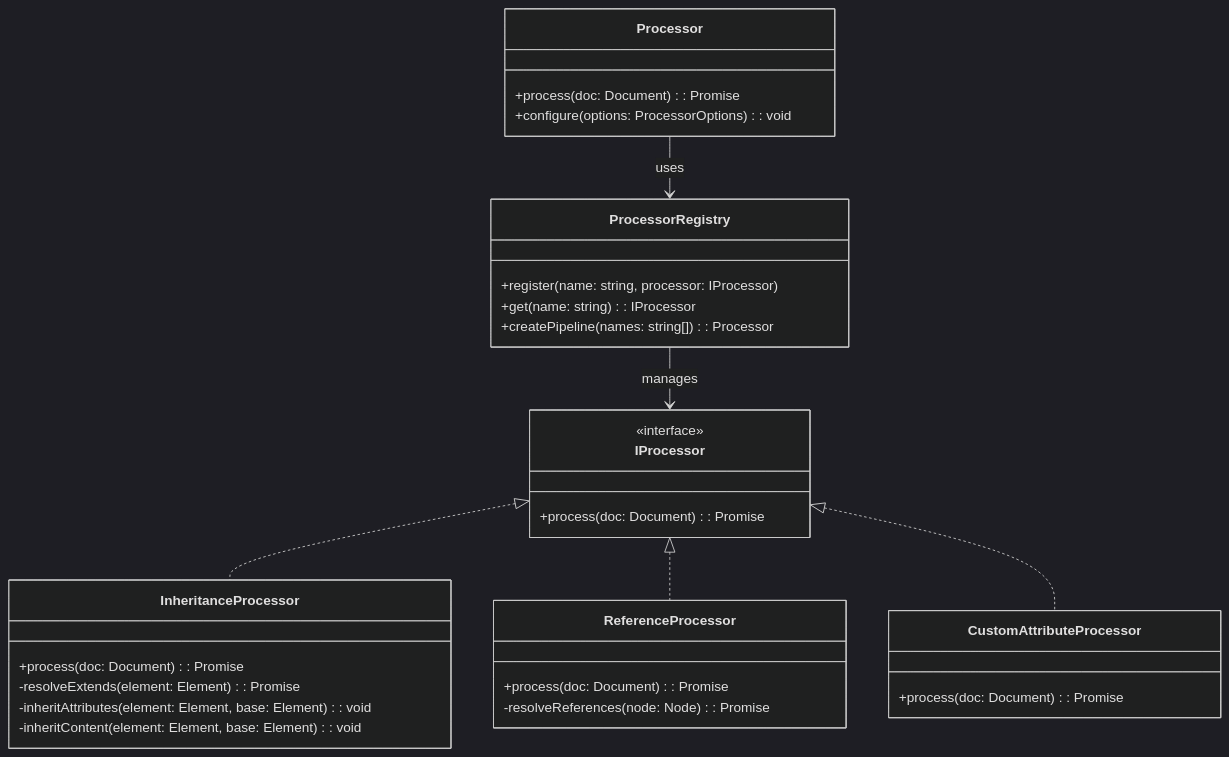
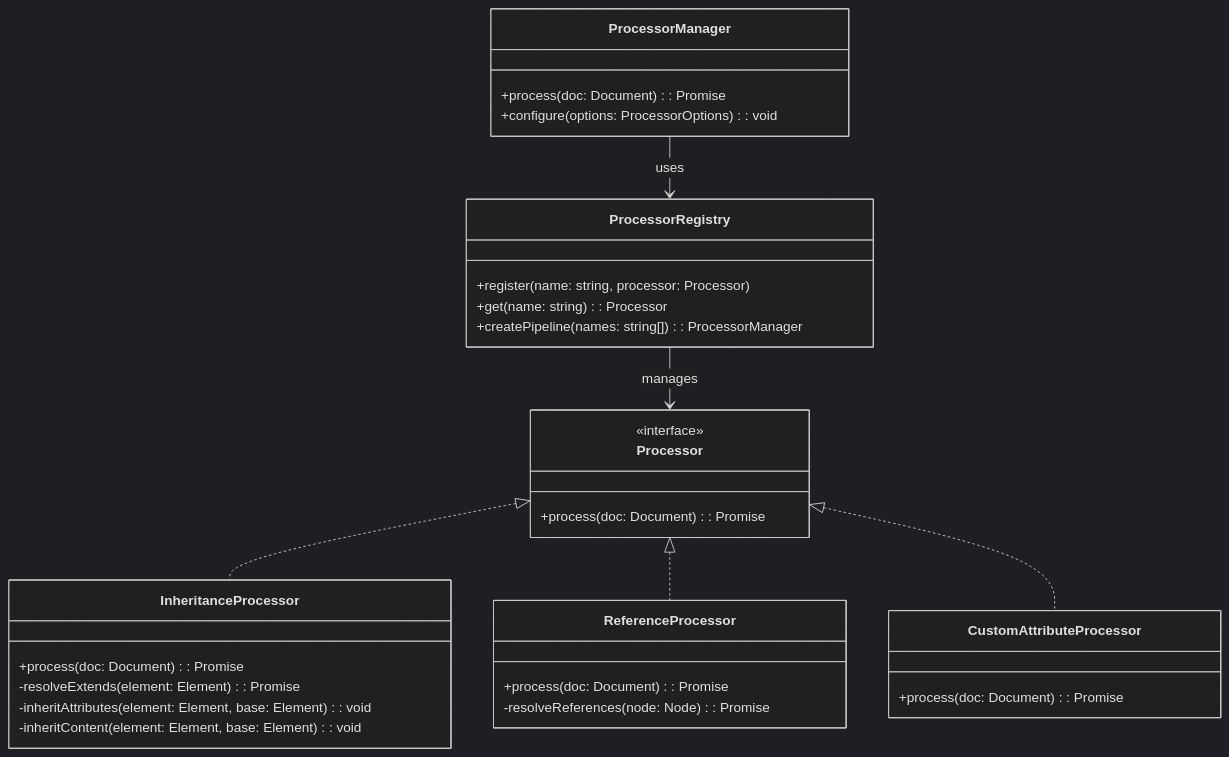
Before and after one commit to Deepractice/DPML: the first of 4 diagrams in packages/core/docs/processor/Core-Processor-Design.md, drawn with Mermaid (dark theme). The commit also changed other lines of this file, not shown here.

````diff
--- a/packages/core/docs/processor/Core-Processor-Design.md
+++ b/packages/core/docs/processor/Core-Processor-Design.md
@@ -34,41 +34,41 @@
 ```mermaid
 classDiagram
-    class Processor {
+    class ProcessorManager {
         +process(doc: Document): Promise<ProcessedDocument>
         +configure(options: ProcessorOptions): void
     }
     
     class ProcessorRegistry {
-        +register(name: string, processor: IProcessor)
-        +get(name: string): IProcessor
-        +createPipeline(names: string[]): Processor
+        +register(name: string, processor: Processor)
+        +get(name: string): Processor
+        +createPipeline(names: string[]): ProcessorManager
     }
     
-    class IProcessor {
+    class Processor {
         <<interface>>
         +process(doc: Document): Promise<Document>
     }
     
     class InheritanceProcessor {
         +process(doc: Document): Promise<Document>
         -resolveExtends(element: Element): Promise<Element|null>
         -inheritAttributes(element: Element, base: Element): void
         -inheritContent(element: Element, base: Element): void
     }
     
     class ReferenceProcessor {
         +process(doc: Document): Promise<Document>
         -resolveReferences(node: Node): Promise<void>
     }
     
     class CustomAttributeProcessor {
         +process(doc: Document): Promise<Document>
     }
     
-    IProcessor <|.. InheritanceProcessor
-    IProcessor <|.. ReferenceProcessor
-    IProcessor <|.. CustomAttributeProcessor
+    Processor <|.. InheritanceProcessor
+    Processor <|.. ReferenceProcessor
+    Processor <|.. CustomAttributeProcessor
     
-    Processor --> ProcessorRegistry: uses
-    ProcessorRegistry --> IProcessor: manages
+    ProcessorManager --> ProcessorRegistry: uses
+    ProcessorRegistry --> Processor: manages
 ```
````
